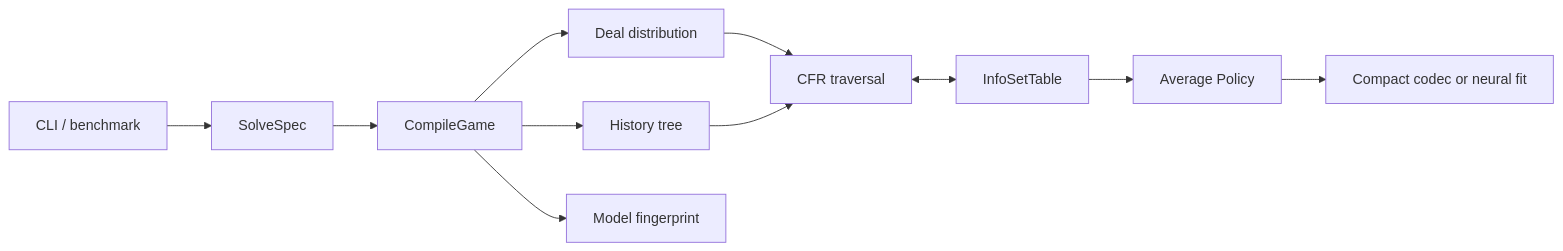
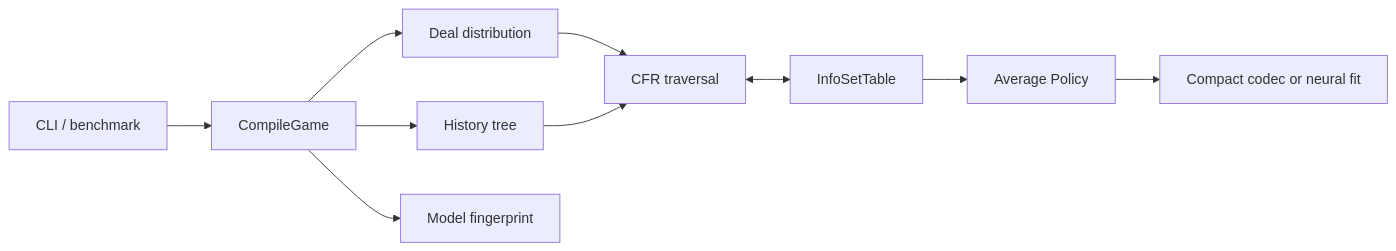
The first of 3 diagrams in README.md (lzhao03/PokerBot), drawn with Mermaid before and after one commit. The commit also changed 13 other files, not shown here.

````diff
--- a/README.md
+++ b/README.md
@@ -60,13 +60,12 @@
 ```mermaid
 flowchart LR
-  A[CLI / benchmark] --> B[SolveSpec]
-  B --> C[CompileGame]
+  A[CLI / benchmark] --> C[CompileGame]
   C --> D[Deal distribution]
   C --> E[History tree]
   C --> F[Model fingerprint]
   D --> G[CFR traversal]
   E --> G
   G <--> H[InfoSetTable]
   H --> I[Average Policy]
   I --> J[Compact codec or neural fit]
 ```
````
